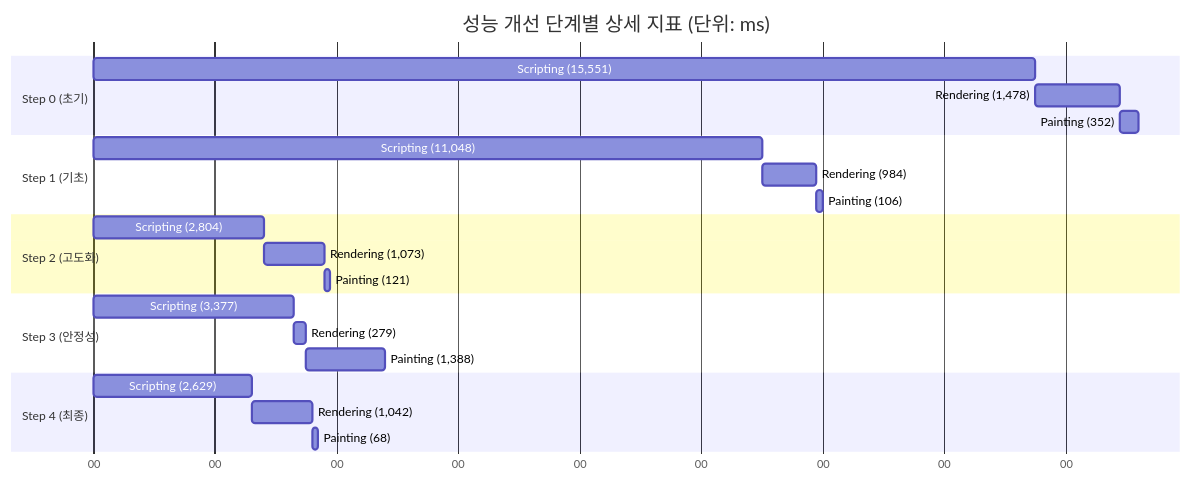
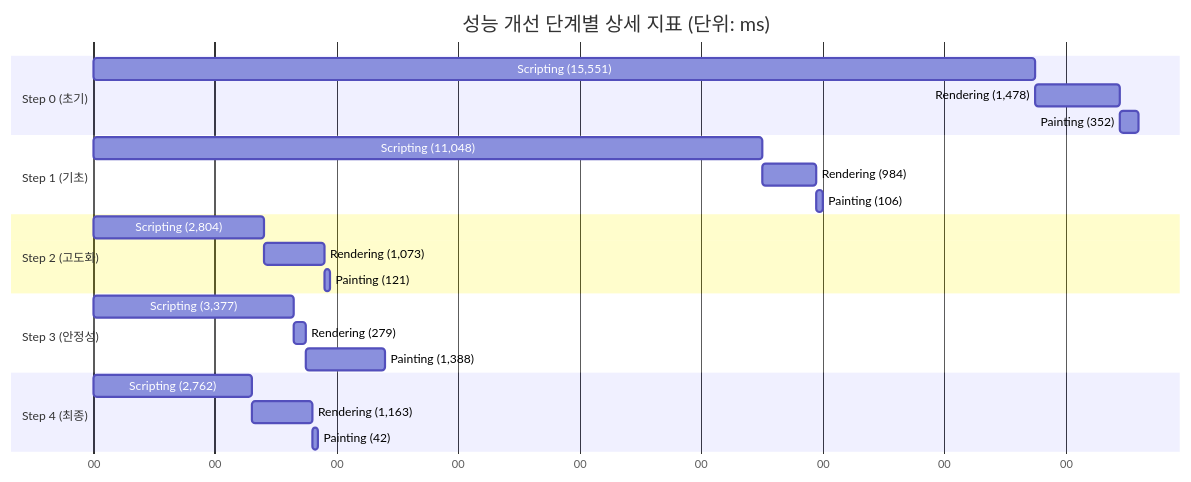
The first of 4 diagrams in reports/202601-shinhan-life-perf.md (pilupus/technical-archive), drawn with Mermaid before and after one commit. The commit also changed other lines of this file and 7 other files, not shown here.

````diff
--- a/reports/202601-shinhan-life-perf.md
+++ b/reports/202601-shinhan-life-perf.md
@@ -34,26 +65,26 @@
 ```mermaid
 gantt
     title 성능 개선 단계별 상세 지표 (단위: ms)
     dateFormat  YYYY-MM-DD
     axisFormat  %S
     section Step 0 (초기)
     Scripting (15,551) :a1, 2025-01-01, 155ms
     Rendering (1,478) :a2, after a1, 14ms
     Painting (352)   :a3, after a2, 3ms
     section Step 1 (기초)
     Scripting (11,048) :b1, 2025-01-01, 110ms
     Rendering (984)   :b2, after b1, 9ms
     Painting (106)   :b3, after b2, 1ms
     section Step 2 (고도화)
     Scripting (2,804)  :c1, 2025-01-01, 28ms
     Rendering (1,073) :c2, after c1, 10ms
     Painting (121)   :c3, after c2, 1ms
     section Step 3 (안정성)
     Scripting (3,377)  :d1, 2025-01-01, 33ms
     Rendering (279)   :d2, after d1, 2ms
     Painting (1,388)  :d3, after d2, 13ms
     section Step 4 (최종)
-    Scripting (2,629)  :e1, 2025-01-01, 26ms
-    Rendering (1,042) :e2, after e1, 10ms
-    Painting (68)    :e3, after e2, 1ms
+    Scripting (2,762)  :e1, 2025-01-01, 26ms
+    Rendering (1,163) :e2, after e1, 10ms
+    Painting (42)    :e3, after e2, 1ms
 ```
````
